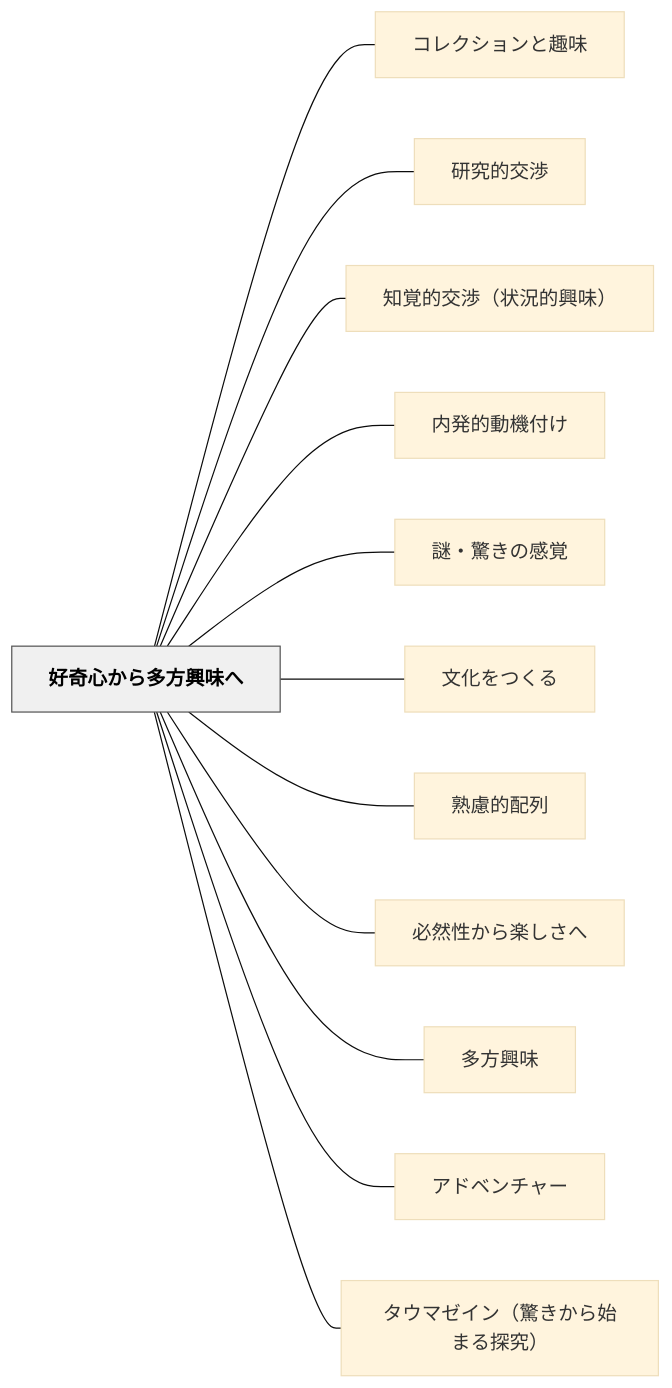
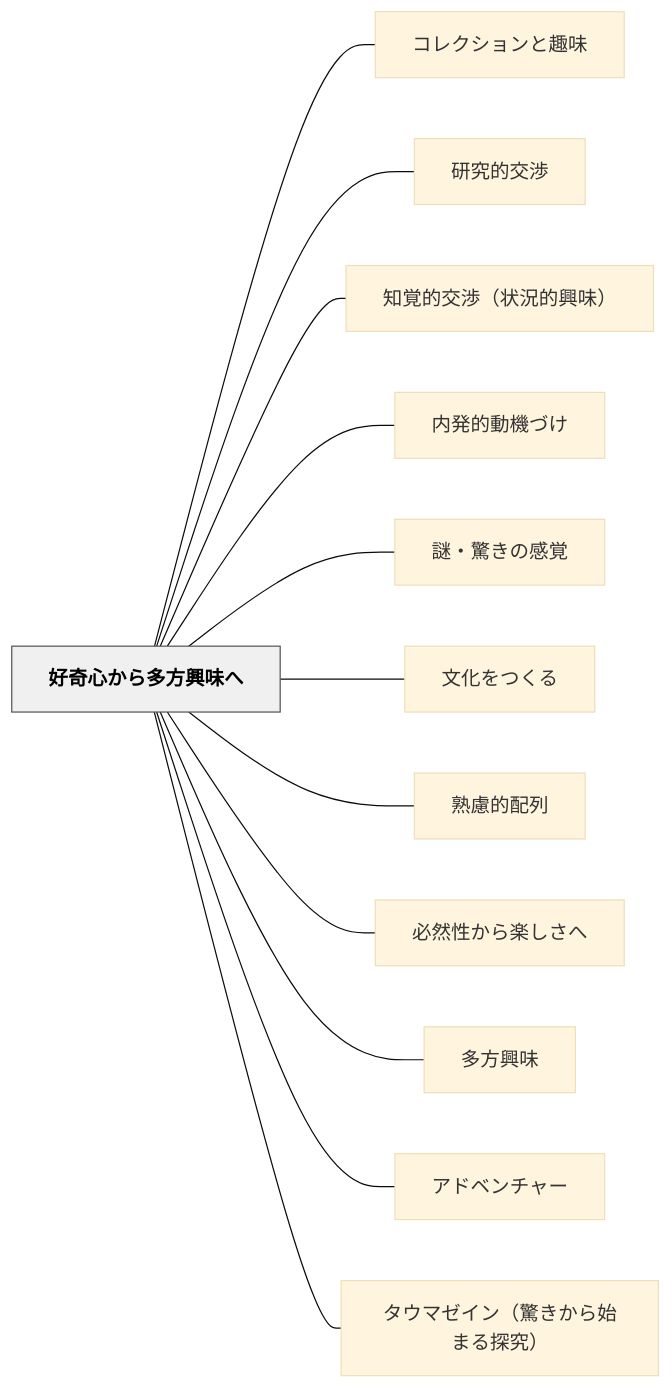
The diagram in content/パタン/好奇心から多方興味へ.md (unknownthings-ed-patterns/unknownthings-ed-patterns), drawn with Mermaid (base theme) before and after one commit. The commit also changed other lines of this file and 234 other files, not shown here.

````diff
--- a/content/パタン/好奇心から多方興味へ.md
+++ b/content/パタン/好奇心から多方興味へ.md
@@ -74,30 +74,30 @@
 ```mermaid
 flowchart LR
     ne5a5bde5a587e5bf83e3818be38289e5a49ae696b9e88888e591b3e381b8["好奇心から多方興味へ"]
     ne382b3e383ace382afe382b7e383a7e383b3e381a8e8b6a3e591b3["コレクションと趣味"]
     ne7a094e7a9b6e79a84e4baa4e6b889["研究的交渉"]
     ne79fa5e8a69ae79a84e4baa4e6b889efbc88e78ab6e6b381e79a84e88888e591b3efbc89["知覚的交渉（状況的興味）"]
-    ne58685e799bae79a84e58b95e6a99fe4bb98e38191["内発的動機付け"]
+    ne58685e799bae79a84e58b95e6a99fe381a5e38191["内発的動機づけ"]
     ne8ac8ee383bbe9a99ae3818de381aee6849fe8a69a["謎・驚きの感覚"]
     ne69687e58c96e38292e381a4e3818fe3828b["文化をつくる"]
     ne7869fe685aee79a84e9858de58897["熟慮的配列"]
     ne5bf85e784b6e680a7e3818be38289e6a5bde38197e38195e381b8["必然性から楽しさへ"]
     ne5a49ae696b9e88888e591b3["多方興味"]
     ne382a2e38389e38399e383b3e38381e383a3e383bc["アドベンチャー"]
     ne382bfe382a6e3839ee382bce382a4e383b3efbc88e9a99ae3818de3818be38289e5a78be381bee3828be68ea2e7a9b6efbc89["タウマゼイン（驚きから始まる探究）"]
 
     ne5a5bde5a587e5bf83e3818be38289e5a49ae696b9e88888e591b3e381b8 --- ne382b3e383ace382afe382b7e383a7e383b3e381a8e8b6a3e591b3
     ne5a5bde5a587e5bf83e3818be38289e5a49ae696b9e88888e591b3e381b8 --- ne7a094e7a9b6e79a84e4baa4e6b889
     ne5a5bde5a587e5bf83e3818be38289e5a49ae696b9e88888e591b3e381b8 --- ne79fa5e8a69ae79a84e4baa4e6b889efbc88e78ab6e6b381e79a84e88888e591b3efbc89
-    ne5a5bde5a587e5bf83e3818be38289e5a49ae696b9e88888e591b3e381b8 --- ne58685e799bae79a84e58b95e6a99fe4bb98e38191
+    ne5a5bde5a587e5bf83e3818be38289e5a49ae696b9e88888e591b3e381b8 --- ne58685e799bae79a84e58b95e6a99fe381a5e38191
     ne5a5bde5a587e5bf83e3818be38289e5a49ae696b9e88888e591b3e381b8 --- ne8ac8ee383bbe9a99ae3818de381aee6849fe8a69a
     ne5a5bde5a587e5bf83e3818be38289e5a49ae696b9e88888e591b3e381b8 --- ne69687e58c96e38292e381a4e3818fe3828b
     ne5a5bde5a587e5bf83e3818be38289e5a49ae696b9e88888e591b3e381b8 --- ne7869fe685aee79a84e9858de58897
     ne5a5bde5a587e5bf83e3818be38289e5a49ae696b9e88888e591b3e381b8 --- ne5bf85e784b6e680a7e3818be38289e6a5bde38197e38195e381b8
     ne5a5bde5a587e5bf83e3818be38289e5a49ae696b9e88888e591b3e381b8 --- ne5a49ae696b9e88888e591b3
     ne5a5bde5a587e5bf83e3818be38289e5a49ae696b9e88888e591b3e381b8 --- ne382a2e38389e38399e383b3e38381e383a3e383bc
     ne5a5bde5a587e5bf83e3818be38289e5a49ae696b9e88888e591b3e381b8 --- ne382bfe382a6e3839ee382bce382a4e383b3efbc88e9a99ae3818de3818be38289e5a78be381bee3828be68ea2e7a9b6efbc89
 
     classDef hub fill:#f0f0f0,stroke:#555,color:#000,font-weight:bold
     class ne5a5bde5a587e5bf83e3818be38289e5a49ae696b9e88888e591b3e381b8 hub
 ```
````
